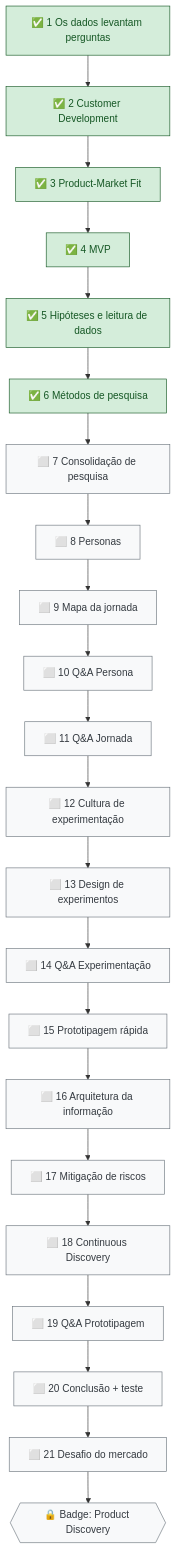
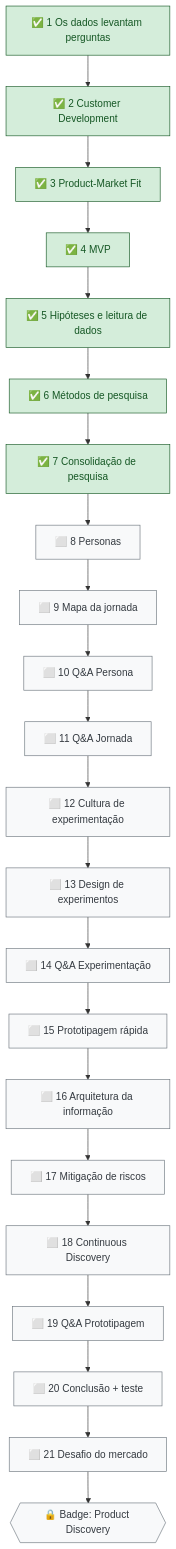
Before and after one commit to letsprown-code/po-learning-journal: the fourth of 7 diagrams in mapa-de-estudos.md, drawn with Mermaid. The commit also changed other lines of this file and 3 other files, not shown here.

First line of the commit message:
DPL 03 aula 7: Consolidação de pesquisa

```diff
--- a/mapa-de-estudos.md
+++ b/mapa-de-estudos.md
@@ -141,14 +141,14 @@
 ~~~mermaid
 flowchart TD
     D1["✅ 1 Os dados levantam perguntas"] --> D2["✅ 2 Customer Development"] --> D3["✅ 3 Product-Market Fit"] --> D4["✅ 4 MVP"]
-    D4 --> D5["✅ 5 Hipóteses e leitura de dados"] --> D6["✅ 6 Métodos de pesquisa"] --> D7["⬜ 7 Consolidação de pesquisa"]
+    D4 --> D5["✅ 5 Hipóteses e leitura de dados"] --> D6["✅ 6 Métodos de pesquisa"] --> D7["✅ 7 Consolidação de pesquisa"]
     D7 --> D8["⬜ 8 Personas"] --> D9["⬜ 9 Mapa da jornada"] --> D10["⬜ 10 Q&A Persona"] --> D11["⬜ 11 Q&A Jornada"]
     D11 --> D12["⬜ 12 Cultura de experimentação"] --> D13["⬜ 13 Design de experimentos"] --> D14["⬜ 14 Q&A Experimentação"]
     D14 --> D15["⬜ 15 Prototipagem rápida"] --> D16["⬜ 16 Arquitetura da informação"] --> D17["⬜ 17 Mitigação de riscos"]
     D17 --> D18["⬜ 18 Continuous Discovery"] --> D19["⬜ 19 Q&A Prototipagem"] --> D20["⬜ 20 Conclusão + teste"] --> D21["⬜ 21 Desafio do mercado"]
     D21 --> B3{{"🔒 Badge: Product Discovery"}}
     classDef done fill:#d4edda,stroke:#155724,color:#155724
     classDef todo fill:#f8f9fa,stroke:#6c757d,color:#343a40
-    class D1,D2,D3,D4,D5,D6 done
-    class D7,D8,D9,D10,D11,D12,D13,D14,D15,D16,D17,D18,D19,D20,D21,B3 todo
+    class D1,D2,D3,D4,D5,D6,D7 done
+    class D8,D9,D10,D11,D12,D13,D14,D15,D16,D17,D18,D19,D20,D21,B3 todo
 ~~~
```
